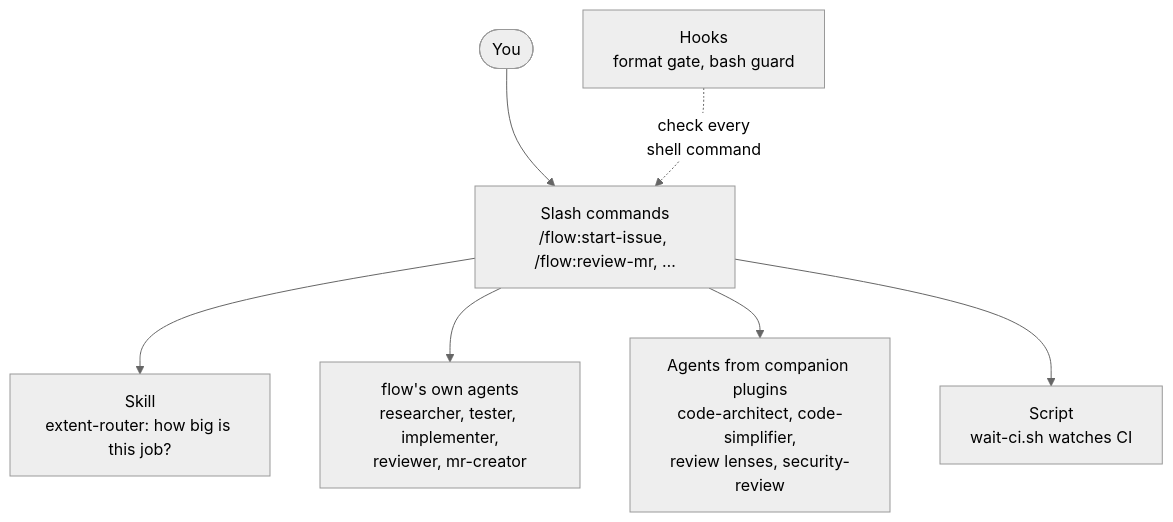
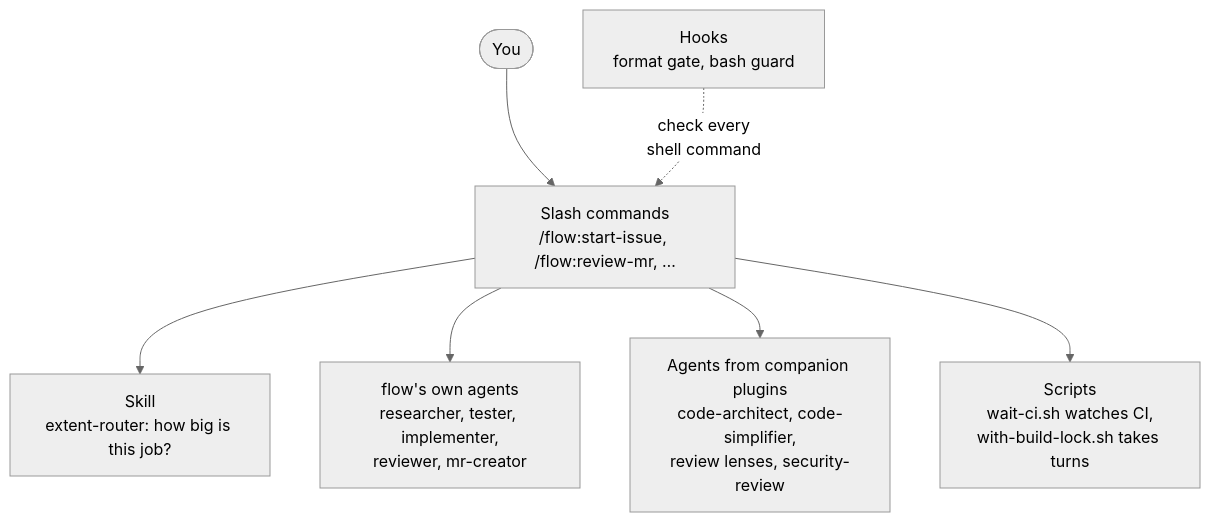
Before and after one commit to MarkusVGJensen/flow: the first of 5 diagrams in README.md, drawn with Mermaid (neutral theme). The commit also changed other lines of this file and 5 other files, not shown here.

First line of the commit message:
flow 0.6.0: build early, and take turns on the build tree

````diff
--- a/README.md
+++ b/README.md
@@ -130,9 +130,9 @@
 ```mermaid
 flowchart TD
   U(["You"]) --> CMD["Slash commands<br/>/flow:start-issue, /flow:review-mr, …"]
   CMD --> SK["Skill<br/>extent-router: how big is this job?"]
   CMD --> AG["flow's own agents<br/>researcher, tester, implementer,<br/>reviewer, mr-creator"]
   CMD --> FP["Agents from companion plugins<br/>code-architect, code-simplifier,<br/>review lenses, security-review"]
-  CMD --> SCR["Script<br/>wait-ci.sh watches CI"]
+  CMD --> SCR["Scripts<br/>wait-ci.sh watches CI,<br/>with-build-lock.sh takes turns"]
   HK["Hooks<br/>format gate, bash guard"] -. "check every<br/>shell command" .-> CMD
 ```
````
